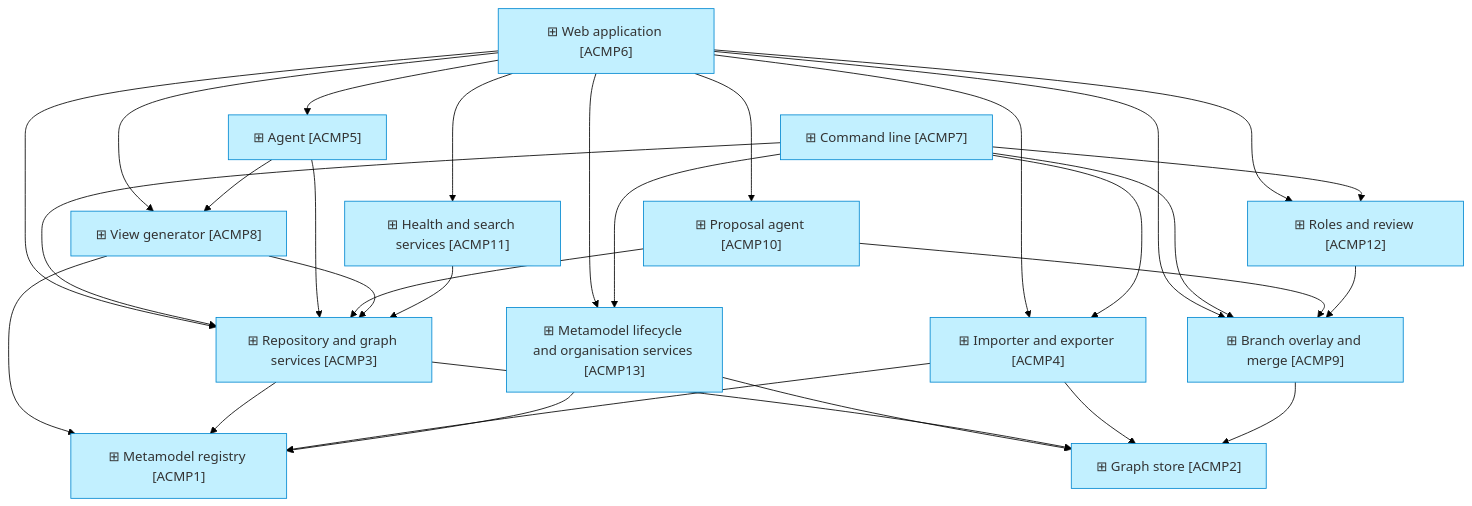
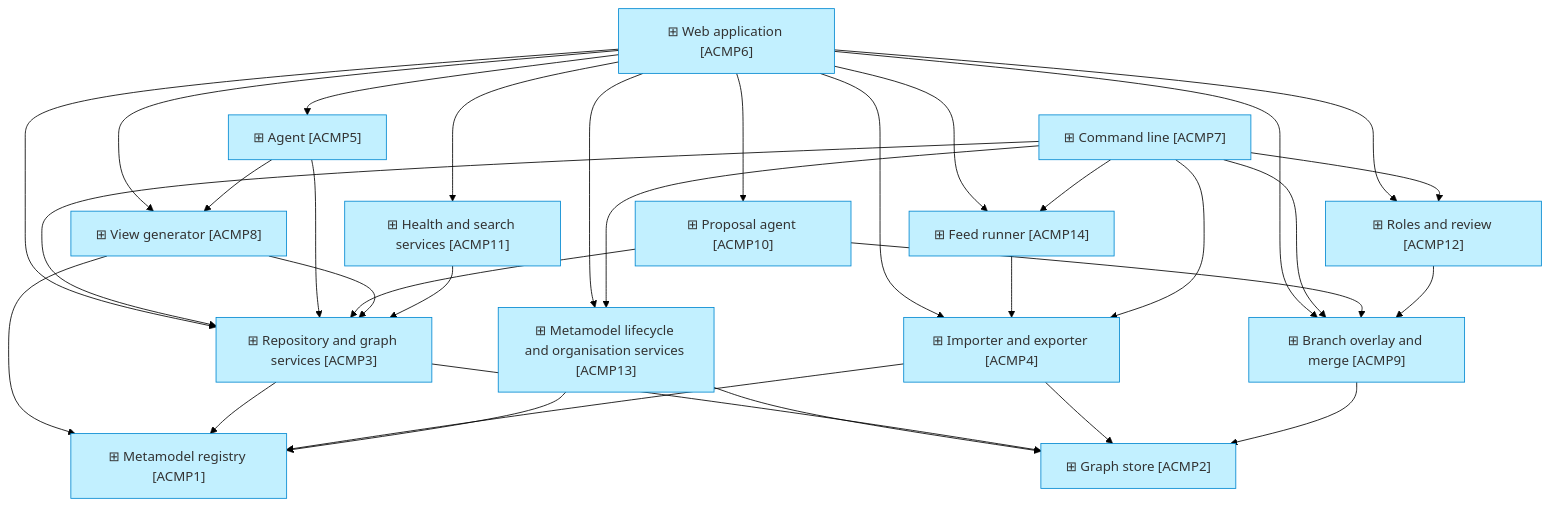
The third of 4 diagrams in architecture/4_application/2_application-components.md (roanboc/dbx-enterprise-architecture), drawn with Mermaid (forest theme) before and after one commit. The commit also changed other lines of this file and 12 other files, not shown here.

````diff
--- a/architecture/4_application/2_application-components.md
+++ b/architecture/4_application/2_application-components.md
@@ -44,47 +44,51 @@
 ```mermaid
 flowchart TB
   ui["⊞ Web application [ACMP6]"]:::application
   cli["⊞ Command line [ACMP7]"]:::application
   agent["⊞ Agent [ACMP5]"]:::application
   prop["⊞ Proposal agent [ACMP10]"]:::application
   views["⊞ View generator [ACMP8]"]:::application
   svc["⊞ Repository and graph services [ACMP3]"]:::application
   health["⊞ Health and search services [ACMP11]"]:::application
   roles["⊞ Roles and review [ACMP12]"]:::application
   br["⊞ Branch overlay and merge [ACMP9]"]:::application
   imp["⊞ Importer and exporter [ACMP4]"]:::application
   reg["⊞ Metamodel registry [ACMP1]"]:::application
   meta["⊞ Metamodel lifecycle and organisation services [ACMP13]"]:::application
   store["⊞ Graph store [ACMP2]"]:::application
+  feeds["⊞ Feed runner [ACMP14]"]:::application
   ui --> svc
   ui --> imp
+  ui --> feeds
+  cli --> feeds
+  feeds --> imp
   ui --> agent
   ui --> prop
   ui --> views
   ui --> br
   ui --> health
   ui --> roles
   ui --> meta
   cli --> svc
   cli --> imp
   cli --> br
   cli --> roles
   cli --> meta
   agent --> svc
   agent --> views
   prop --> svc
   prop --> br
   views --> svc
   views --> reg
   health --> svc
   roles --> br
   svc --> reg
   imp --> reg
   meta --> reg
   meta --> store
   svc --> store
   imp --> store
   br --> store
 
   classDef application fill:#c2f0ff,stroke:#0288d1,color:#333
 ```
````
